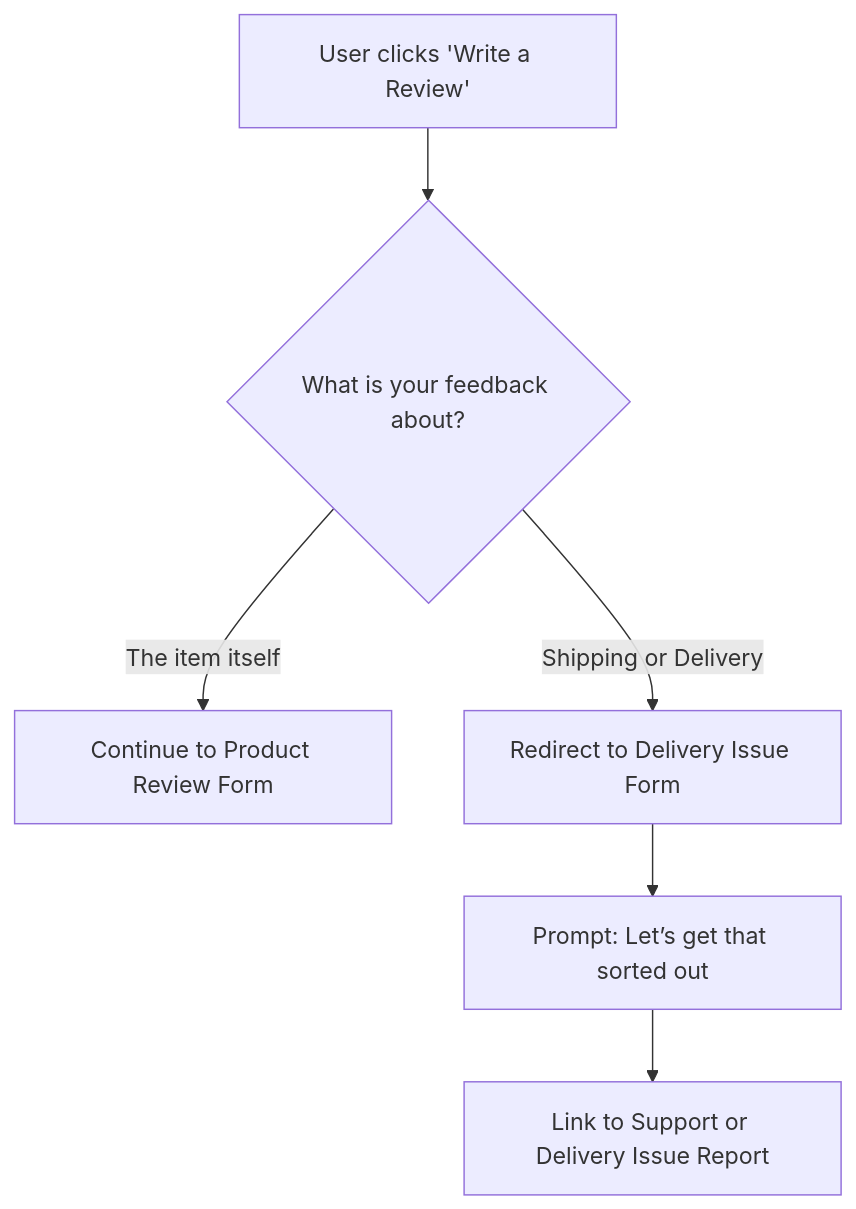
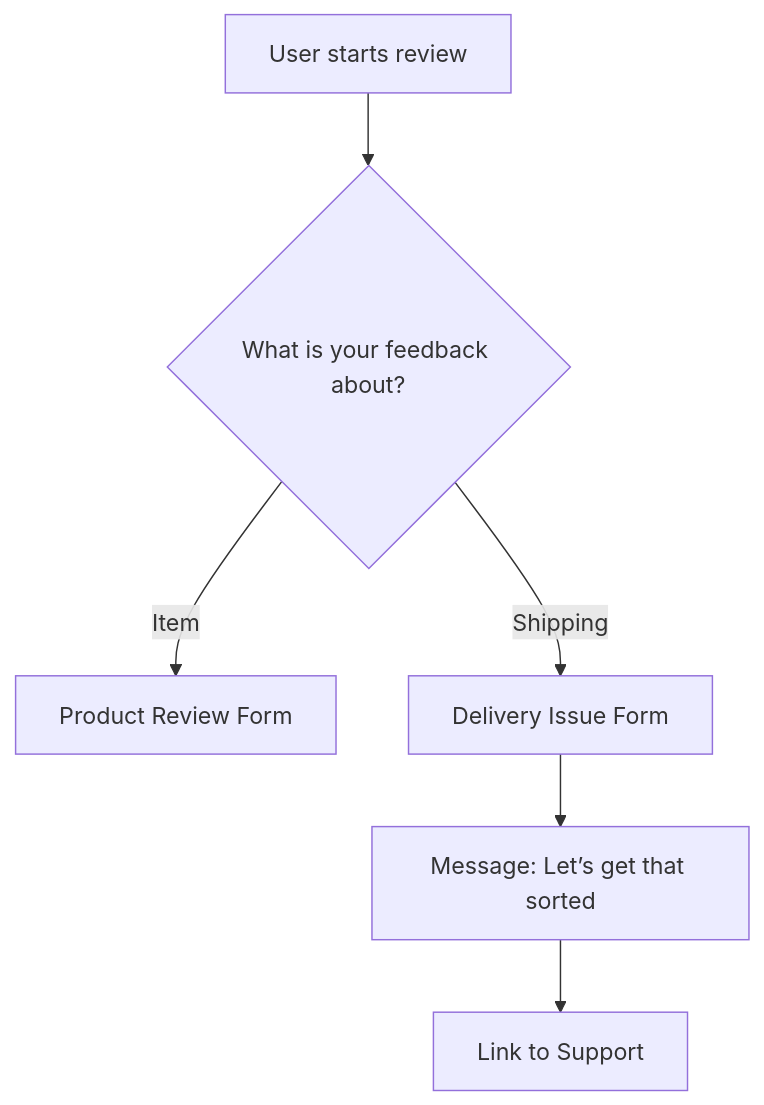
One commit to austinleekelly/portfolio changed the diagram in content/Content and Publications/Original Articles/Walmart Product Review UX Case Study.md. Above: the diagram before and after it, drawn with Mermaid. The commit also changed other lines of this file and 3 other files, not shown here.

````diff
--- a/content/Content and Publications/Original Articles/Walmart Product Review UX Case Study.md
+++ b/content/Content and Publications/Original Articles/Walmart Product Review UX Case Study.md
@@ -137,9 +149,9 @@
 ```mermaid
 flowchart TD
-    A[User clicks 'Write a Review'] --> B{What is your feedback about?}
-    B -->|The item itself| C[Continue to Product Review Form]
-    B -->|Shipping or Delivery| D[Redirect to Delivery Issue Form]
-    D --> E[Prompt: Let’s get that sorted out]
-    E --> F[Link to Support or Delivery Issue Report]
+    A[User starts review] --> B{What is your feedback about?}
+    B -->|Item| C[Product Review Form]
+    B -->|Shipping| D[Delivery Issue Form]
+    D --> E[Message: Let’s get that sorted]
+    E --> F[Link to Support]
 
 ```
````
